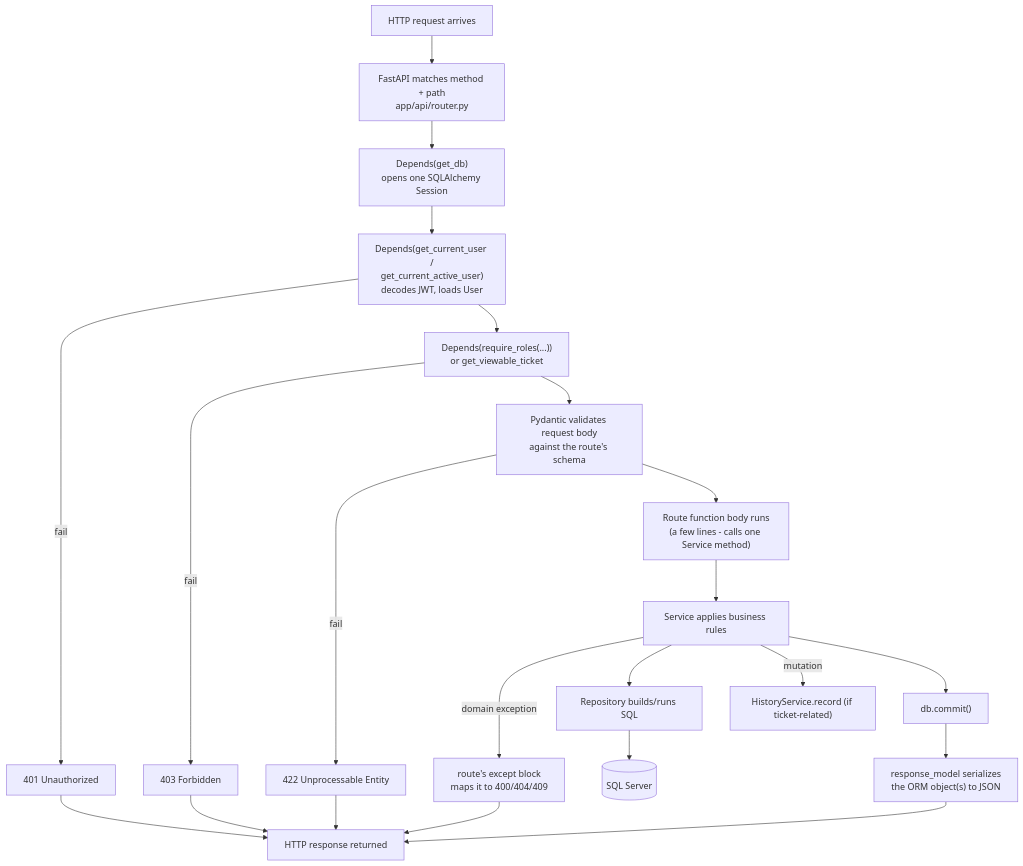
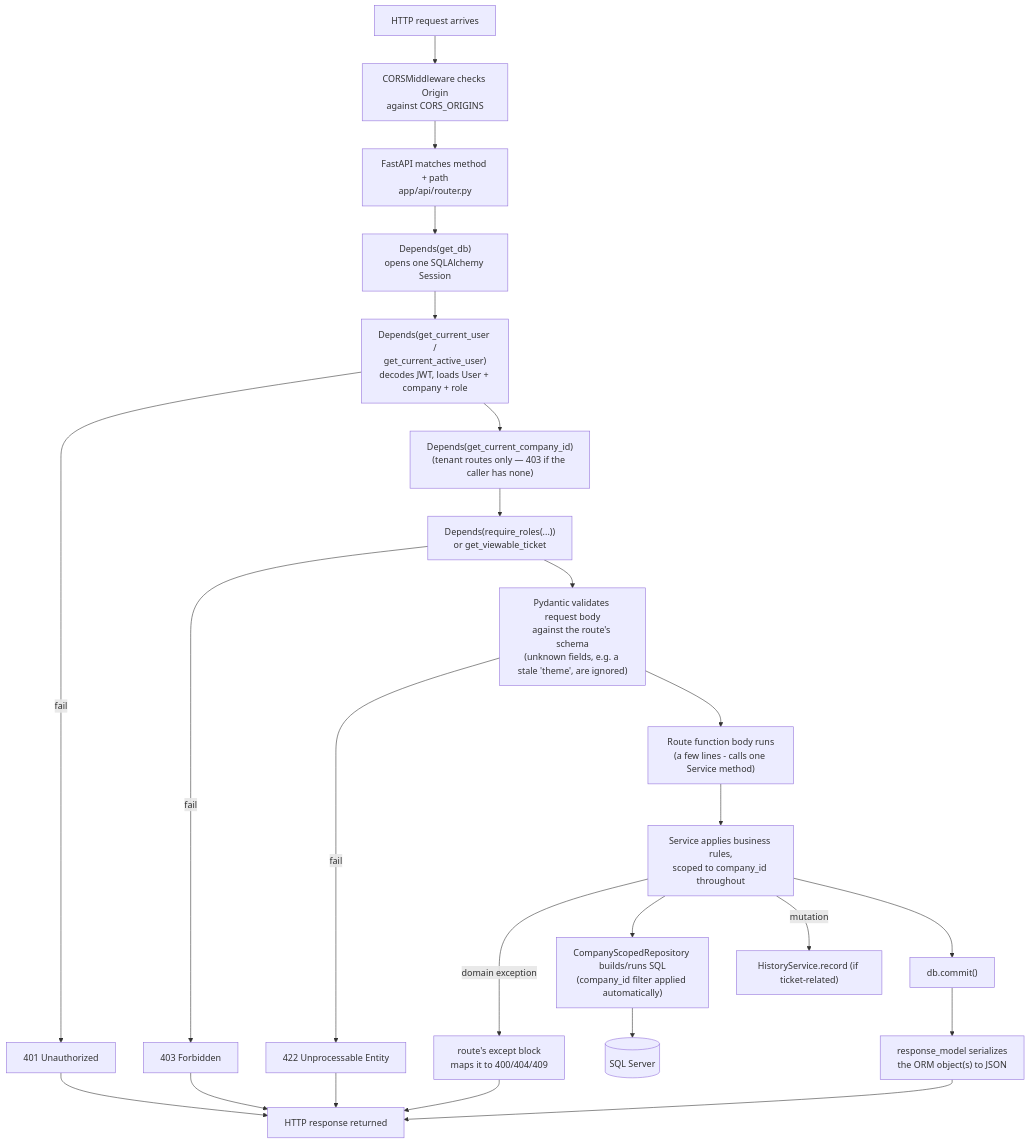
One commit to emmahr1998/ITOnIT changed the tenth of 10 diagrams in docs/BACKEND_DIAGRAMS.md. Above: the diagram before and after it, drawn with Mermaid. The commit also changed other lines of this file and 44 other files, not shown here.

````diff
--- a/docs/BACKEND_DIAGRAMS.md
+++ b/docs/BACKEND_DIAGRAMS.md
@@ -295,24 +539,26 @@
 ```mermaid
 flowchart TD
-    Req["HTTP request arrives"] --> Match["FastAPI matches method + path\napp/api/router.py"]
+    Req["HTTP request arrives"] --> CORS["CORSMiddleware checks Origin\nagainst CORS_ORIGINS"]
+    CORS --> Match["FastAPI matches method + path\napp/api/router.py"]
     Match --> DB["Depends(get_db)\nopens one SQLAlchemy Session"]
-    DB --> Auth["Depends(get_current_user /\nget_current_active_user)\ndecodes JWT, loads User"]
+    DB --> Auth["Depends(get_current_user /\nget_current_active_user)\ndecodes JWT, loads User + company + role"]
     Auth -->|fail| E401["401 Unauthorized"]
-    Auth --> Role["Depends(require_roles(...))\nor get_viewable_ticket"]
+    Auth --> Scope["Depends(get_current_company_id)\n(tenant routes only — 403 if the caller has none)"]
+    Scope --> Role["Depends(require_roles(...))\nor get_viewable_ticket"]
     Role -->|fail| E403["403 Forbidden"]
-    Role --> Body["Pydantic validates request body\nagainst the route's schema"]
+    Role --> Body["Pydantic validates request body\nagainst the route's schema\n(unknown fields, e.g. a stale 'theme', are ignored)"]
     Body -->|fail| E422["422 Unprocessable Entity"]
     Body --> RouteFn["Route function body runs\n(a few lines - calls one Service method)"]
-    RouteFn --> Service["Service applies business rules"]
+    RouteFn --> Service["Service applies business rules,\nscoped to company_id throughout"]
     Service -->|domain exception| Except["route's except block\nmaps it to 400/404/409"]
-    Service --> Repo["Repository builds/runs SQL"]
+    Service --> Repo["CompanyScopedRepository builds/runs SQL\n(company_id filter applied automatically)"]
     Repo --> SQL[("SQL Server")]
     Service -->|mutation| History["HistoryService.record (if ticket-related)"]
     Service --> Commit["db.commit()"]
     Commit --> Serialize["response_model serializes\nthe ORM object(s) to JSON"]
     Serialize --> Resp["HTTP response returned"]
     Except --> Resp
     E401 --> Resp
     E403 --> Resp
     E422 --> Resp
 ```
````
